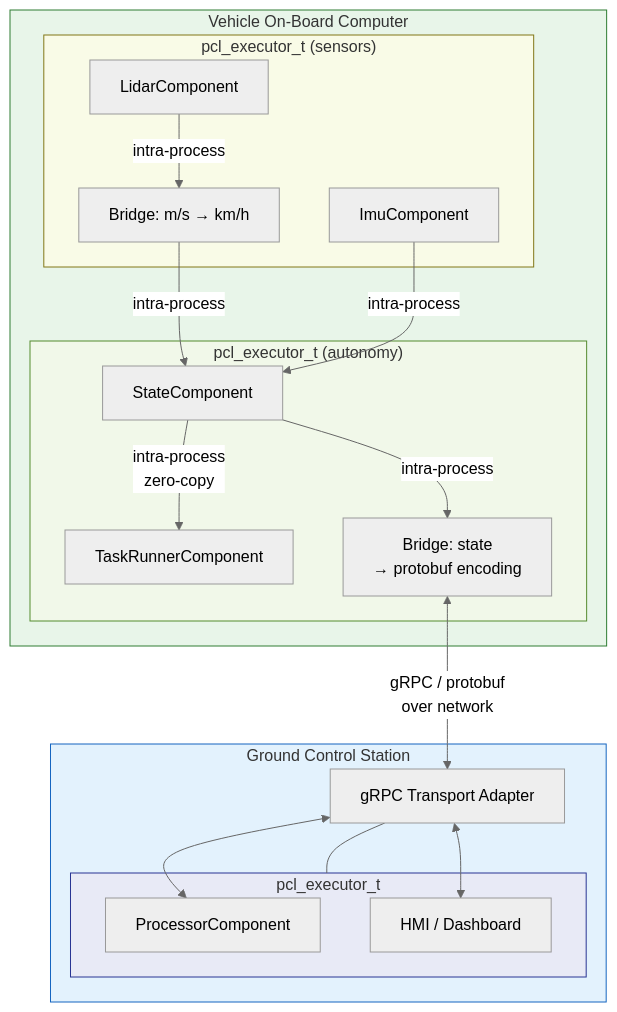
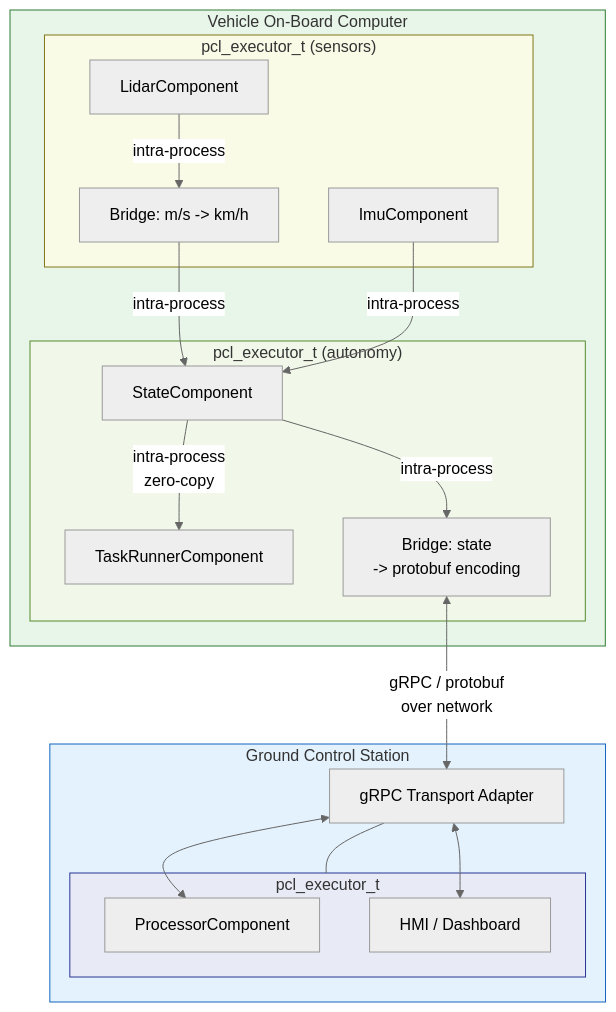
Before and after one commit to Ackoogin/mujin: the eighth of 11 diagrams in subprojects/PCL/doc/architecture/08-pcl-component-system.md, drawn with Mermaid (neutral theme). The commit also changed other lines of this file and 169 other files, not shown here.

````diff
--- a/subprojects/PCL/doc/architecture/08-pcl-component-system.md
+++ b/subprojects/PCL/doc/architecture/08-pcl-component-system.md
@@ -338,41 +338,41 @@
 ```mermaid
 graph TB
   subgraph Vehicle["Vehicle On-Board Computer"]
     subgraph ExecA["pcl_executor_t (autonomy)"]
       CA3["StateComponent"]
       CC3["TaskRunnerComponent"]
-      BRIDGE_OUT["Bridge: state<br/>→ protobuf encoding"]
+      BRIDGE_OUT["Bridge: state<br/>-> protobuf encoding"]
     end
 
     subgraph ExecS["pcl_executor_t (sensors)"]
       LIDAR["LidarComponent"]
       IMU["ImuComponent"]
-      BRIDGE_UNIT["Bridge: m/s → km/h"]
+      BRIDGE_UNIT["Bridge: m/s -> km/h"]
     end
   end
 
   subgraph GCS["Ground Control Station"]
     subgraph ExecG["pcl_executor_t"]
       PLAN["ProcessorComponent"]
       HMI["HMI / Dashboard"]
     end
     TAG["gRPC Transport Adapter"]
     ExecG --- TAG
   end
 
   CA3 -->|"intra-process<br/>zero-copy"| CC3
   LIDAR -->|"intra-process"| BRIDGE_UNIT
   BRIDGE_UNIT -->|"intra-process"| CA3
   IMU -->|"intra-process"| CA3
   CA3 -->|"intra-process"| BRIDGE_OUT
 
   BRIDGE_OUT <-->|"gRPC / protobuf<br/>over network"| TAG
   TAG <--> PLAN
   TAG <--> HMI
 
   style Vehicle fill:#e8f5e9,stroke:#2e7d32
   style GCS fill:#e3f2fd,stroke:#1565c0
   style ExecA fill:#f1f8e9,stroke:#558b2f
   style ExecS fill:#f9fbe7,stroke:#827717
   style ExecG fill:#e8eaf6,stroke:#283593
 ```
````
